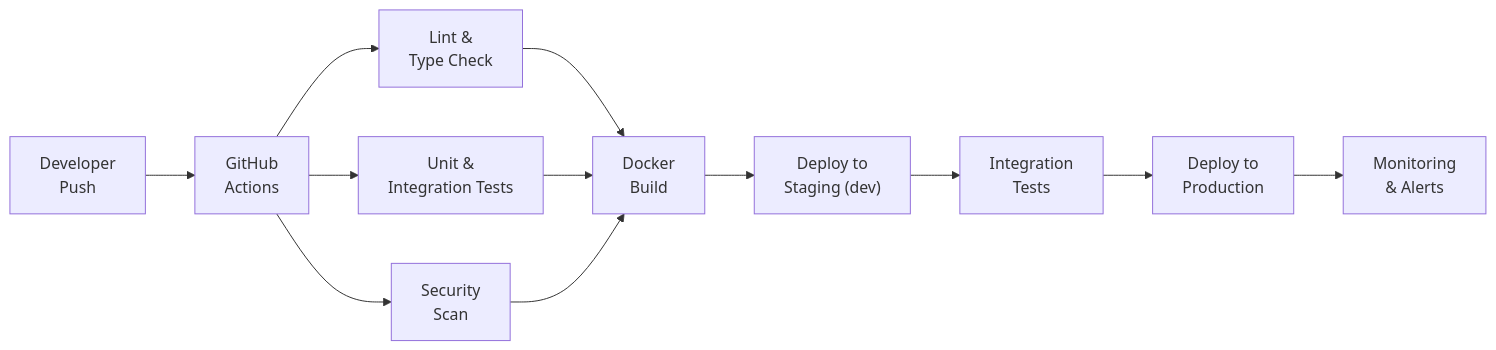
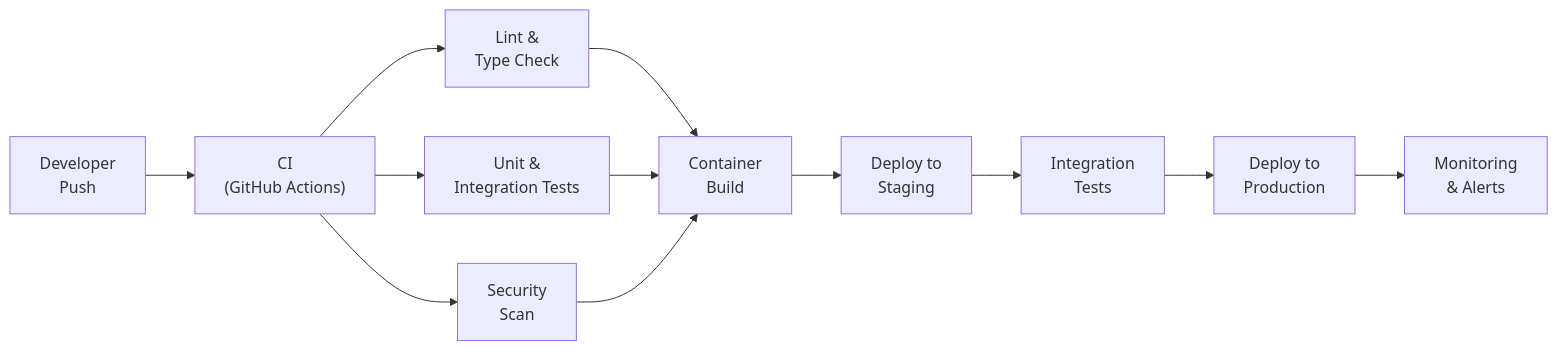
Before and after one commit to ksmettela/Synora: the tenth of 12 diagrams in PRODUCT_BLOG.md, drawn with Mermaid. The commit also changed other lines of this file and 27 other files, not shown here.

````diff
--- a/PRODUCT_BLOG.md
+++ b/PRODUCT_BLOG.md
@@ -555,17 +558,17 @@
 ```mermaid
 graph LR
-    DEV["Developer<br/>Push"] --> GH["GitHub<br/>Actions"]
-    
+    DEV["Developer<br/>Push"] --> GH["CI<br/>(GitHub Actions)"]
+
     GH --> LINT["Lint &<br/>Type Check"]
     GH --> TEST["Unit &<br/>Integration Tests"]
     GH --> SEC["Security<br/>Scan"]
-    
-    LINT --> BUILD["Docker<br/>Build"]
+
+    LINT --> BUILD["Container<br/>Build"]
     TEST --> BUILD
     SEC --> BUILD
-    
-    BUILD --> STG["Deploy to<br/>Staging (dev)"]
+
+    BUILD --> STG["Deploy to<br/>Staging"]
     STG --> INTG["Integration<br/>Tests"]
     INTG --> PROD["Deploy to<br/>Production"]
     PROD --> MON["Monitoring<br/>& Alerts"]
 ```
````
